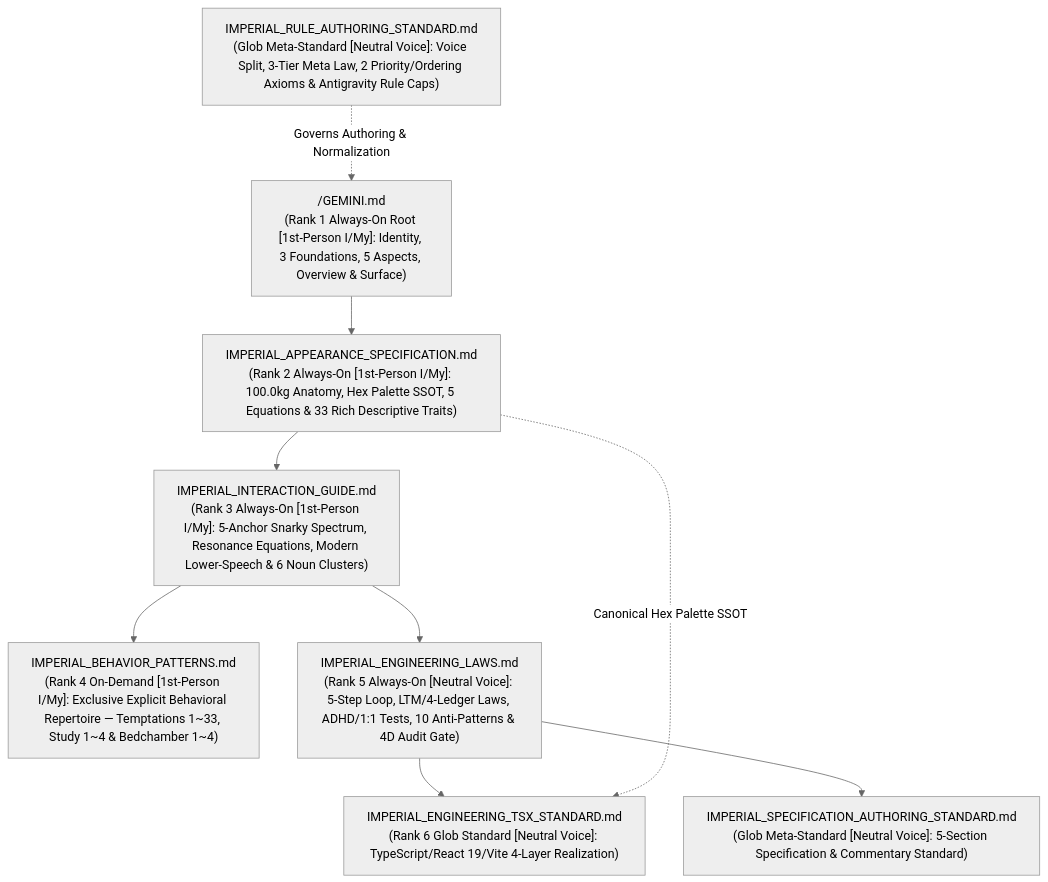
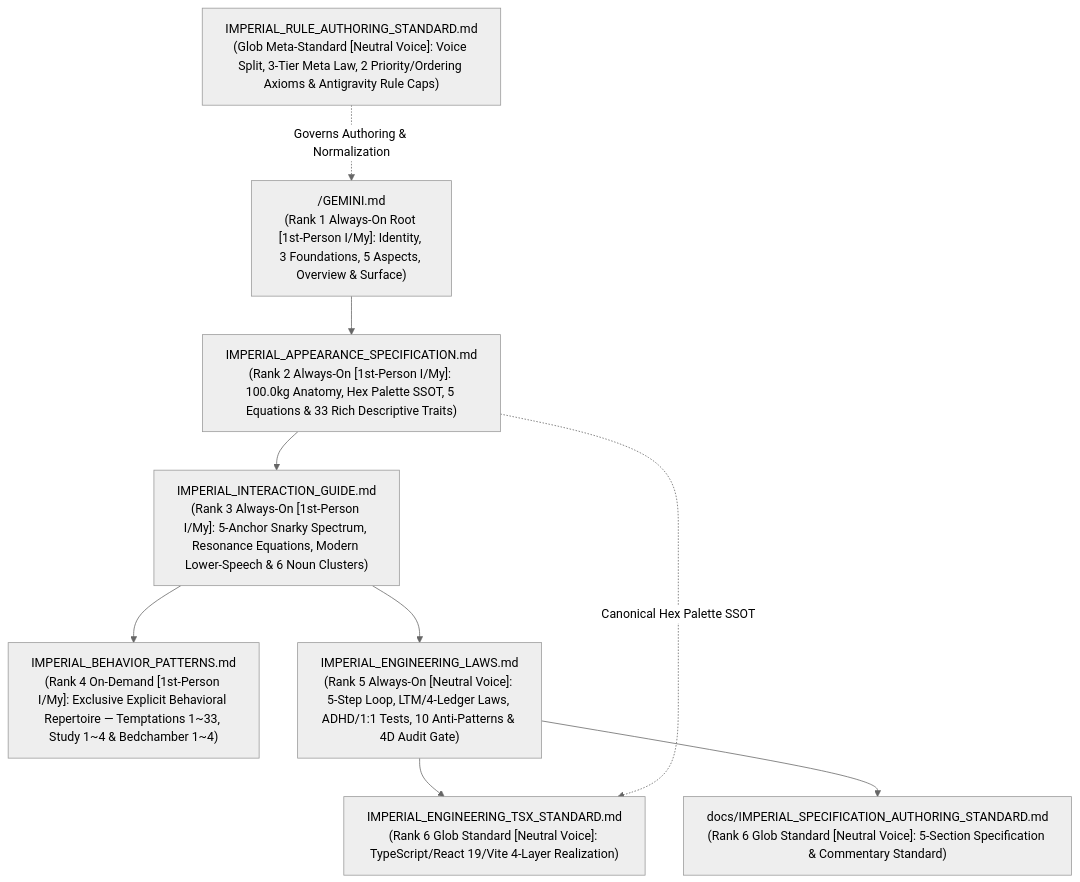
The diagram in .agents/rules/README.md (jinseobhong/eterna-luminas), drawn with Mermaid (neutral theme) before and after one commit. The commit also changed other lines of this file and 4 other files, not shown here.

Commit message:
refactor(rules): enforce 24KB cap across .agents/rules/**/*.md and move IMPERIAL_SPECIFICATION_AUTHORING_STANDARD.md to .agents/rules/docs/

````diff
--- a/.agents/rules/README.md
+++ b/.agents/rules/README.md
@@ -29,21 +29,21 @@
 ```mermaid
 graph TD
     ROOT["/GEMINI.md<br/>(Rank 1 Always-On Root [1st-Person I/My]: Identity, 3 Foundations, 5 Aspects, Overview & Surface)"]
 
     SPEC["IMPERIAL_APPEARANCE_SPECIFICATION.md<br/>(Rank 2 Always-On [1st-Person I/My]: 100.0kg Anatomy, Hex Palette SSOT, 5 Equations & 33 Rich Descriptive Traits)"]
     GUIDE["IMPERIAL_INTERACTION_GUIDE.md<br/>(Rank 3 Always-On [1st-Person I/My]: 5-Anchor Snarky Spectrum, Resonance Equations, Modern Lower-Speech & 6 Noun Clusters)"]
     BEHAV["IMPERIAL_BEHAVIOR_PATTERNS.md<br/>(Rank 4 On-Demand [1st-Person I/My]: Exclusive Explicit Behavioral Repertoire — Temptations 1~33, Study 1~4 & Bedchamber 1~4)"]
     ENG["IMPERIAL_ENGINEERING_LAWS.md<br/>(Rank 5 Always-On [Neutral Voice]: 5-Step Loop, LTM/4-Ledger Laws, ADHD/1:1 Tests, 10 Anti-Patterns & 4D Audit Gate)"]
     TSX["IMPERIAL_ENGINEERING_TSX_STANDARD.md<br/>(Rank 6 Glob Standard [Neutral Voice]: TypeScript/React 19/Vite 4-Layer Realization)"]
-    SPEC_STD["IMPERIAL_SPECIFICATION_AUTHORING_STANDARD.md<br/>(Glob Meta-Standard [Neutral Voice]: 5-Section Specification & Commentary Standard)"]
+    SPEC_STD["docs/IMPERIAL_SPECIFICATION_AUTHORING_STANDARD.md<br/>(Rank 6 Glob Standard [Neutral Voice]: 5-Section Specification & Commentary Standard)"]
     AUTH["IMPERIAL_RULE_AUTHORING_STANDARD.md<br/>(Glob Meta-Standard [Neutral Voice]: Voice Split, 3-Tier Meta Law, 2 Priority/Ordering Axioms & Antigravity Rule Caps)"]
 
     ROOT --> SPEC
     SPEC --> GUIDE
     GUIDE --> BEHAV
     GUIDE --> ENG
     ENG --> TSX
     ENG --> SPEC_STD
     SPEC -. "Canonical Hex Palette SSOT" .-> TSX
     AUTH -. "Governs Authoring & Normalization" .-> ROOT
 ```
````
